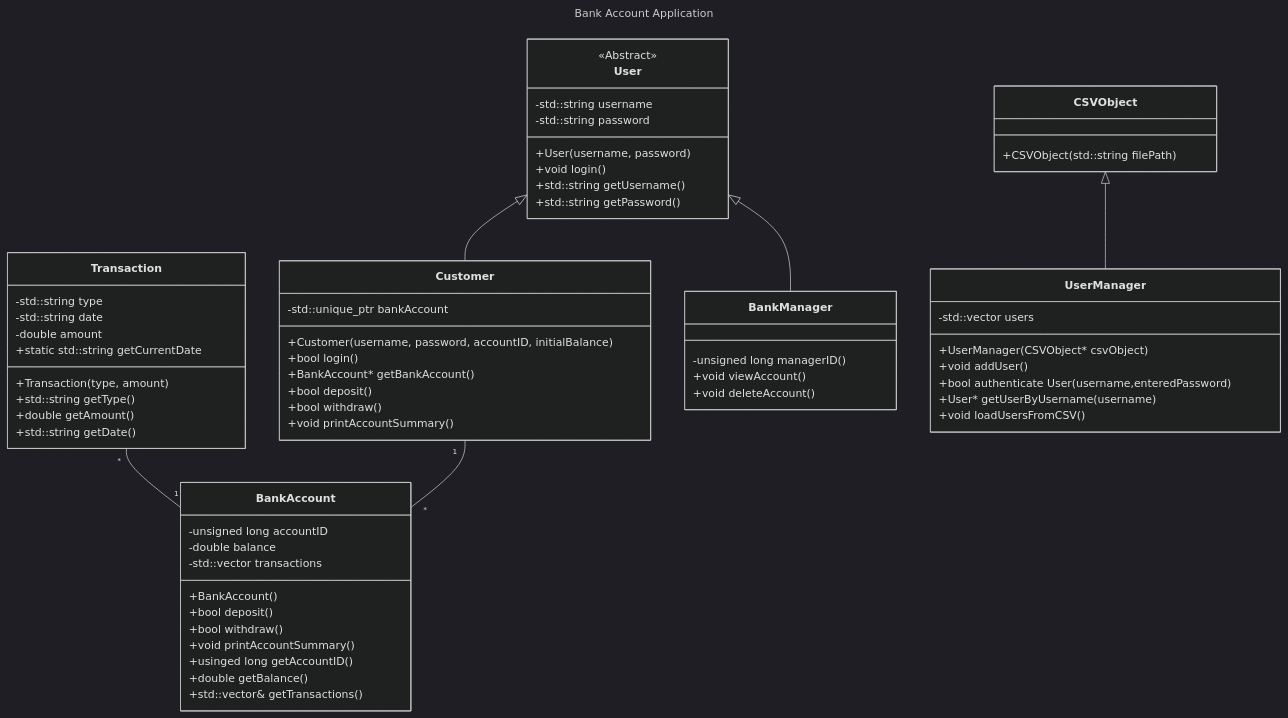
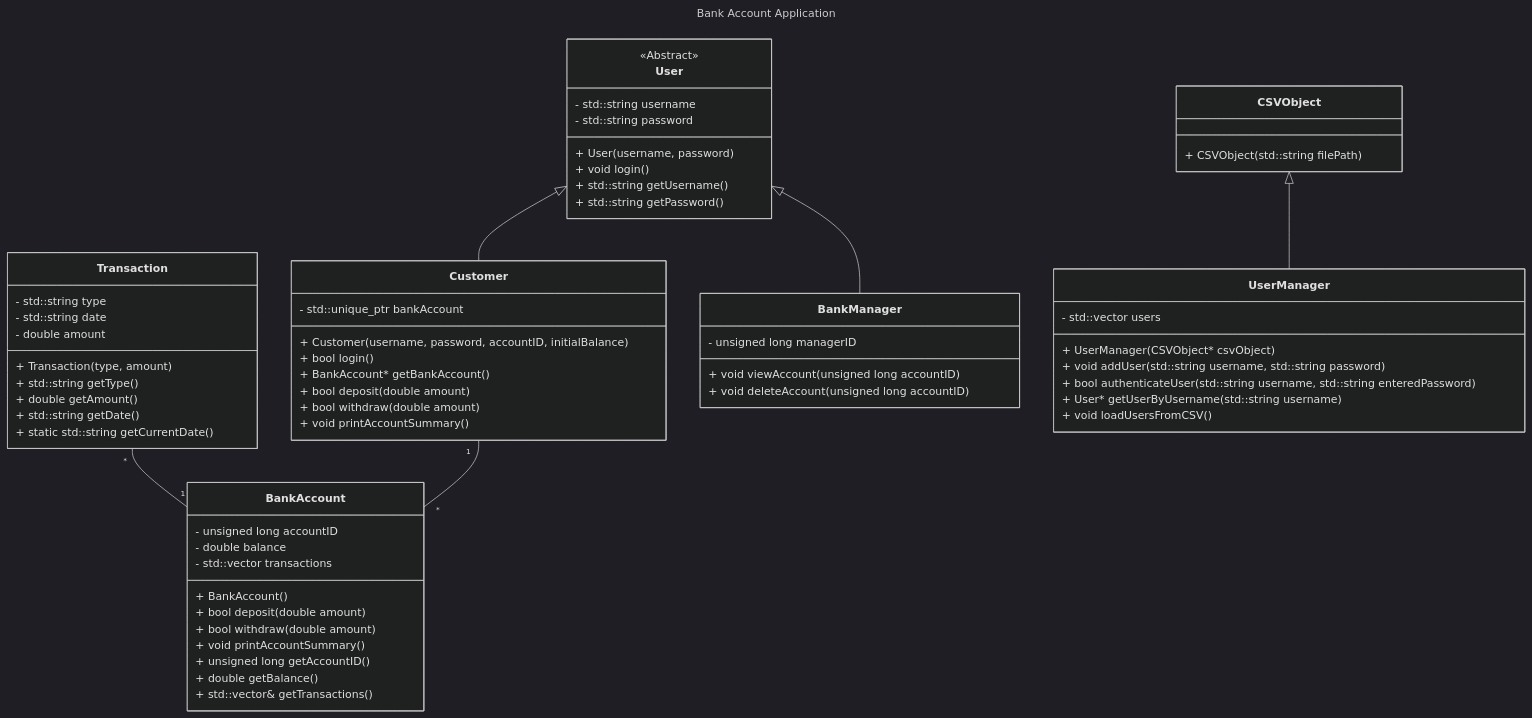
Before and after one commit to samuelcmace/uwgb-comp-sci-371-group-project: the diagram in README.md, drawn with Mermaid (dark theme).

Commit message:
README.md

````diff
--- a/README.md
+++ b/README.md
@@ -11,70 +11,68 @@
 ```mermaid
 ---
 title: Bank Account Application
 ---
 classDiagram
     class User {
         <<Abstract>>
-        -std::string username
-        -std::string password
+        - std::string username
+        - std::string password
 
-        +User(username, password)
-        +void login()
-        +std::string getUsername()
-        +std::string getPassword()
+        + User(username, password)
+        + void login()
+        + std::string getUsername()
+        + std::string getPassword()
     }
     class Transaction {
-        -std::string type
-        -std::string date
-        -double amount
-        +Transaction(type, amount)
-        +std::string getType()
-        +double getAmount()
-        +std::string getDate()
-        +static std::string getCurrentDate
+        - std::string type
+        - std::string date
+        - double amount
+        + Transaction(type, amount)
+        + std::string getType()
+        + double getAmount()
+        + std::string getDate()
+        + static std::string getCurrentDate()
     }
     class BankAccount {
-        -unsigned long accountID
-        -double balance
-        -std::vector<Transaction*> transactions
-        +BankAccount()
-        +bool deposit()
-        +bool withdraw()
-        +void printAccountSummary()
-        +usinged long getAccountID()
-        +double getBalance()
-        +std::vector<Transaction>& getTransactions()
+        - unsigned long accountID
+        - double balance
+        - std::vector<Transaction*> transactions
+        + BankAccount()
+        + bool deposit(double amount)
+        + bool withdraw(double amount)
+        + void printAccountSummary()
+        + unsigned long getAccountID()
+        + double getBalance()
+        + std::vector<Transaction>& getTransactions()
     }
     Transaction "*" -- "1" BankAccount
     class Customer {
-        -std::unique_ptr bankAccount
-        +Customer(username, password, accountID, initialBalance)
-        +bool login()
-        +BankAccount* getBankAccount()
-        +bool deposit()
-        +bool withdraw()
-        +void printAccountSummary()
-
+        - std::unique_ptr<BankAccount> bankAccount
+        + Customer(username, password, accountID, initialBalance)
+        + bool login()
+        + BankAccount* getBankAccount()
+        + bool deposit(double amount)
+        + bool withdraw(double amount)
+        + void printAccountSummary()
     }
     Customer "1" -- "*" BankAccount
     class BankManager {
-        -unsigned long managerID()
-        
-        +void viewAccount()
-        +void deleteAccount()
+        - unsigned long managerID
+        + void viewAccount(unsigned long accountID)
+        + void deleteAccount(unsigned long accountID)
     }
     class CSVObject {
-        +CSVObject(std::string filePath)
+        + CSVObject(std::string filePath)
     }
     User <|-- Customer
     User <|-- BankManager
     class UserManager {
-        -std::vector<User> users
-        +UserManager(CSVObject* csvObject)
-        +void addUser()
-        +bool authenticate User(username,enteredPassword)
-        +User* getUserByUsername(username)
-        +void loadUsersFromCSV()
+        - std::vector<User> users
+        + UserManager(CSVObject* csvObject)
+        + void addUser(std::string username, std::string password)
+        + bool authenticateUser(std::string username, std::string enteredPassword)
+        + User* getUserByUsername(std::string username)
+        + void loadUsersFromCSV()
     }
     CSVObject <|-- UserManager
 ```
````
